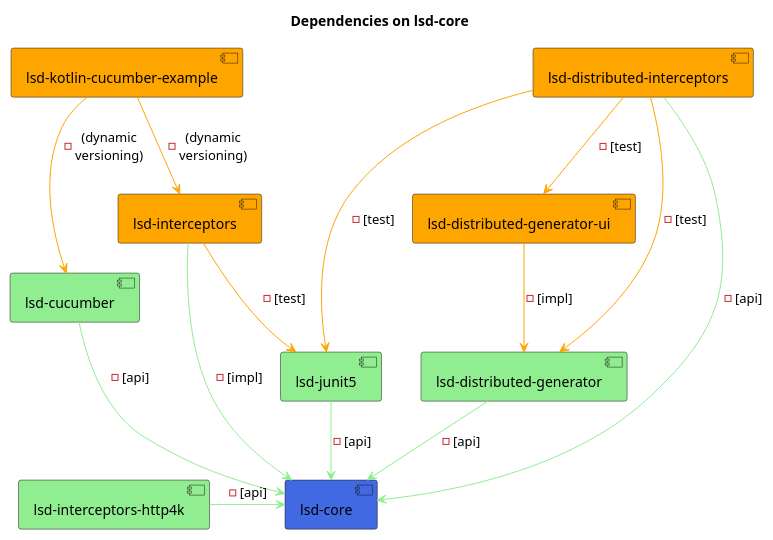
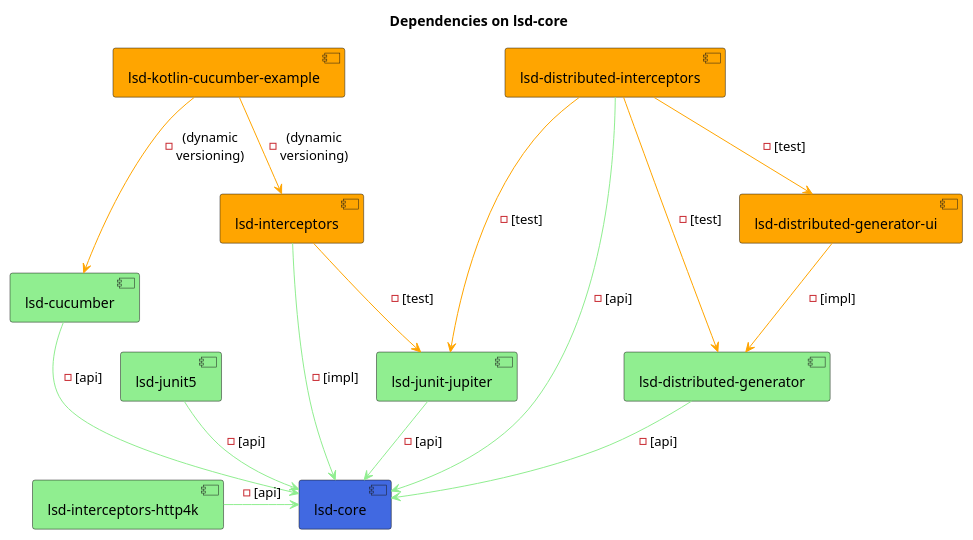
Before and after one commit to lsd-consulting/lsd-core: the diagram in docs/project_dependency_graph.puml, drawn with PlantUML.

Commit message:
chore: update dependency graph

```diff
--- a/docs/project_dependency_graph.puml
+++ b/docs/project_dependency_graph.puml
@@ -4,32 +4,34 @@
 @startuml
 title Dependencies on lsd-core
 
 component "lsd-core"#royalblue
+component "lsd-junit-jupiter"#lightgreen
 component "lsd-junit5"#lightgreen
 component "lsd-cucumber"#lightgreen
 component "lsd-distributed-generator"#lightgreen
 component "lsd-interceptors"#orange
 component "lsd-distributed-interceptors"#orange
 component "lsd-distributed-generator-ui"#orange
 component "lsd-kotlin-cucumber-example"#orange
 component "lsd-interceptors-http4k" #lightgreen
 
+[lsd-junit-jupiter] -[#lightgreen]-> [lsd-core] : -[api]
 [lsd-junit5] -[#lightgreen]-> [lsd-core] : -[api]
 [lsd-cucumber] -[#lightgreen]-> [lsd-core] : -[api]
 [lsd-interceptors] -[#lightgreen]-> [lsd-core] : -[impl]
 [lsd-interceptors-http4k] -[#lightgreen]> [lsd-core] : -[api]
 
 [lsd-distributed-generator-ui] -[#orange]-> [lsd-distributed-generator] : -[impl]
 [lsd-distributed-generator] -[#lightgreen]-> [lsd-core] : -[api]
 
 [lsd-distributed-interceptors] -[#orange]-> [lsd-distributed-generator] : -[test]
 [lsd-distributed-interceptors] -[#orange]-> [lsd-distributed-generator-ui] : -[test]
 [lsd-distributed-interceptors] -[#lightgreen]-> [lsd-core] : -[api]
-[lsd-distributed-interceptors] -[#orange]-> [lsd-junit5] : -[test]
-[lsd-interceptors] -[#orange]-> [lsd-junit5] : -[test]
+[lsd-distributed-interceptors] -[#orange]-> [lsd-junit-jupiter] : -[test]
+[lsd-interceptors] -[#orange]-> [lsd-junit-jupiter] : -[test]
 [lsd-kotlin-cucumber-example] -[#orange]-> [lsd-cucumber] : -(dynamic\nversioning)
 [lsd-kotlin-cucumber-example] -[#orange]-> [lsd-interceptors] : -(dynamic\nversioning)
 
 hide unlinked
 
 @enduml
```
